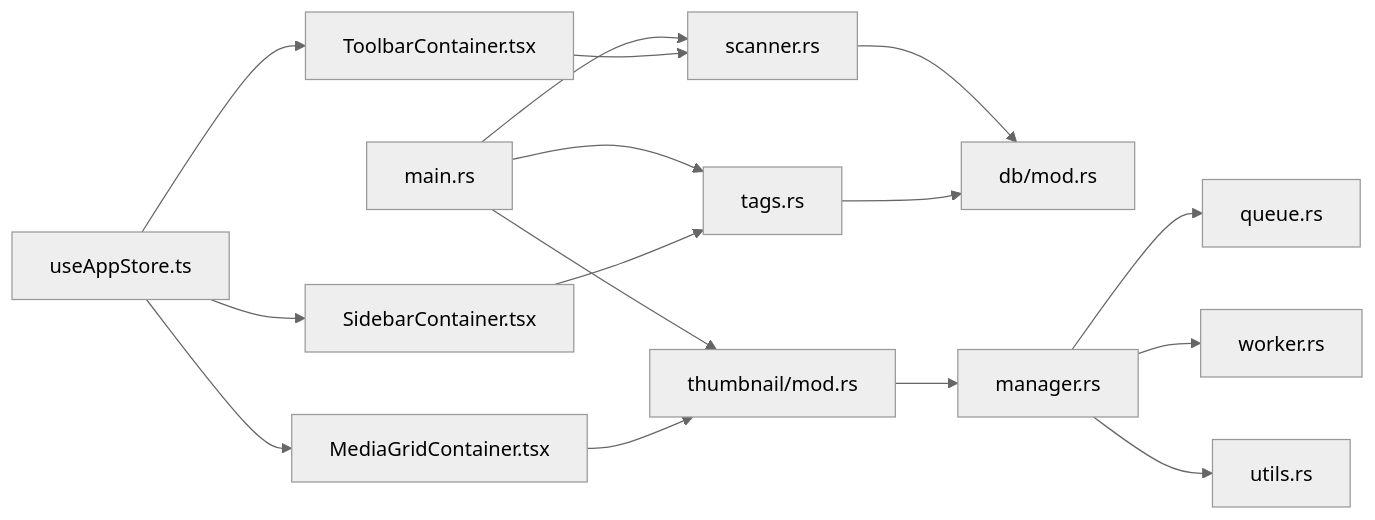
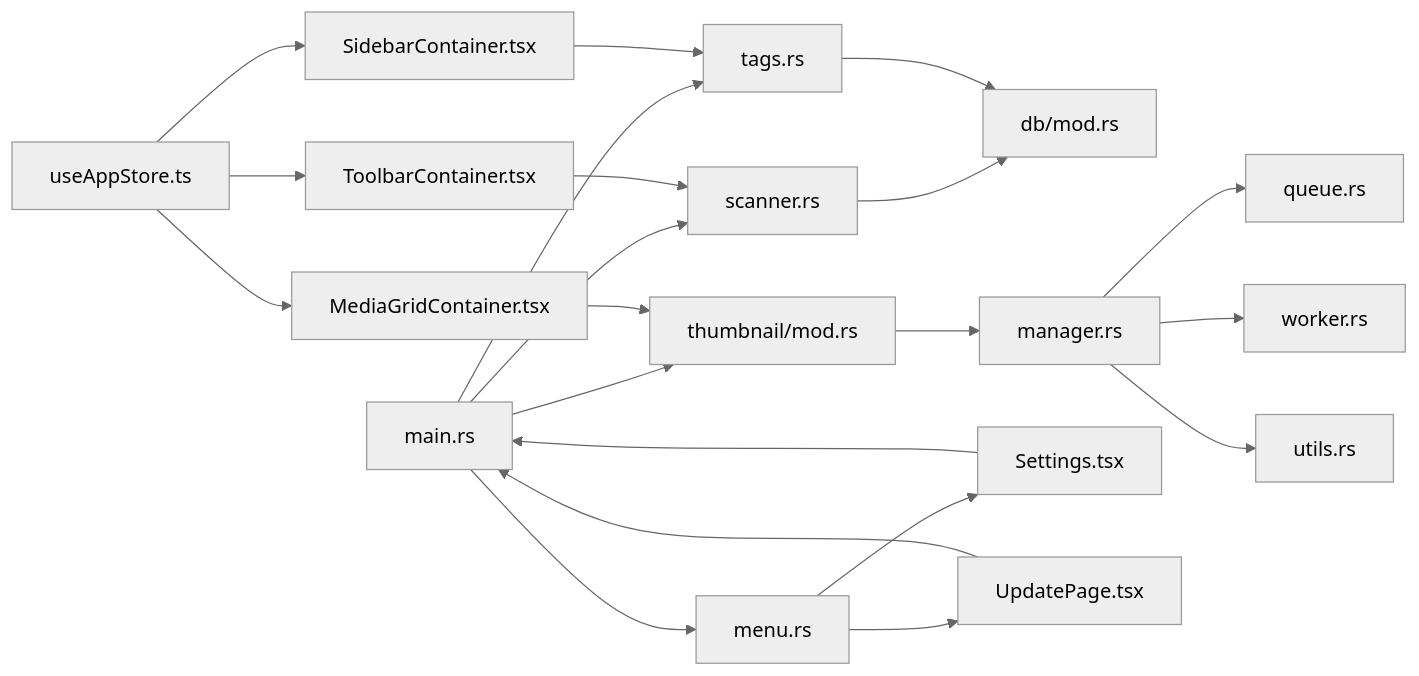
The sixth of 6 diagrams in doc/repowiki/zh/content/API 接口文档/Tauri 命令接口/Tauri 命令接口.md (YLee9527/Medex), drawn with Mermaid (neutral theme) before and after one commit. The commit also changed other lines of this file and 31 other files, not shown here.

First line of the commit message:
docs(doc): 添加部署脚本、锁屏功能、发布指南及设置按钮图标文档

````diff
--- a/doc/repowiki/zh/content/API 接口文档/Tauri 命令接口/Tauri 命令接口.md
+++ b/doc/repowiki/zh/content/API 接口文档/Tauri 命令接口/Tauri 命令接口.md
@@ -367,18 +455,23 @@
 ```mermaid
 graph LR
 MAIN["main.rs"] --> SCANNER["scanner.rs"]
 MAIN --> TAGS["tags.rs"]
 MAIN --> THUMB["thumbnail/mod.rs"]
+MAIN --> MENU["menu.rs"]
 SCANNER --> DB["db/mod.rs"]
 TAGS --> DB
 THUMB --> THUMB_MGR["manager.rs"]
 THUMB_MGR --> THUMB_Q["queue.rs"]
 THUMB_MGR --> THUMB_W["worker.rs"]
 THUMB_MGR --> THUMB_U["utils.rs"]
+MENU --> UI_SETTINGS["Settings.tsx"]
+MENU --> UI_UPDATE["UpdatePage.tsx"]
 UI_MGC["MediaGridContainer.tsx"] --> THUMB
 UI_SIDEBAR["SidebarContainer.tsx"] --> TAGS
 UI_TOOLBAR["ToolbarContainer.tsx"] --> SCANNER
+UI_SETTINGS --> MAIN
+UI_UPDATE --> MAIN
 STORE["useAppStore.ts"] --> UI_MGC
 STORE --> UI_SIDEBAR
 STORE --> UI_TOOLBAR
 ```
````
